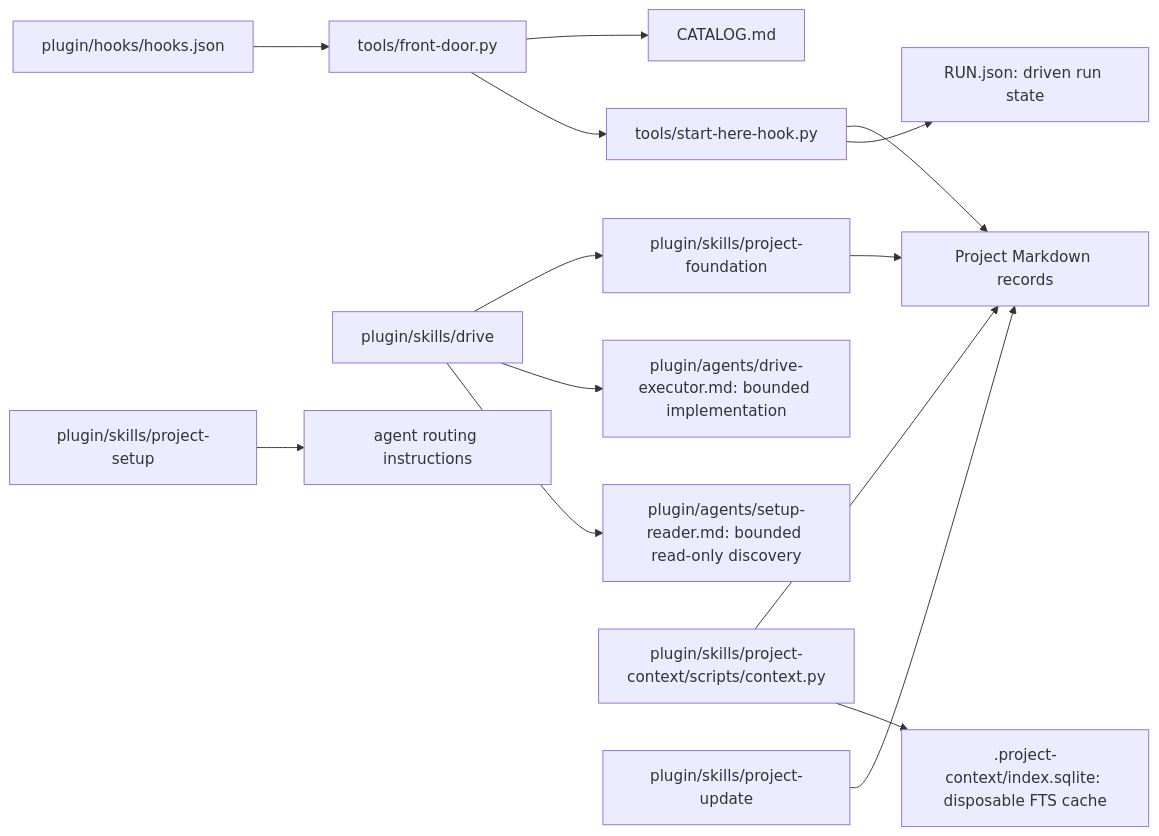
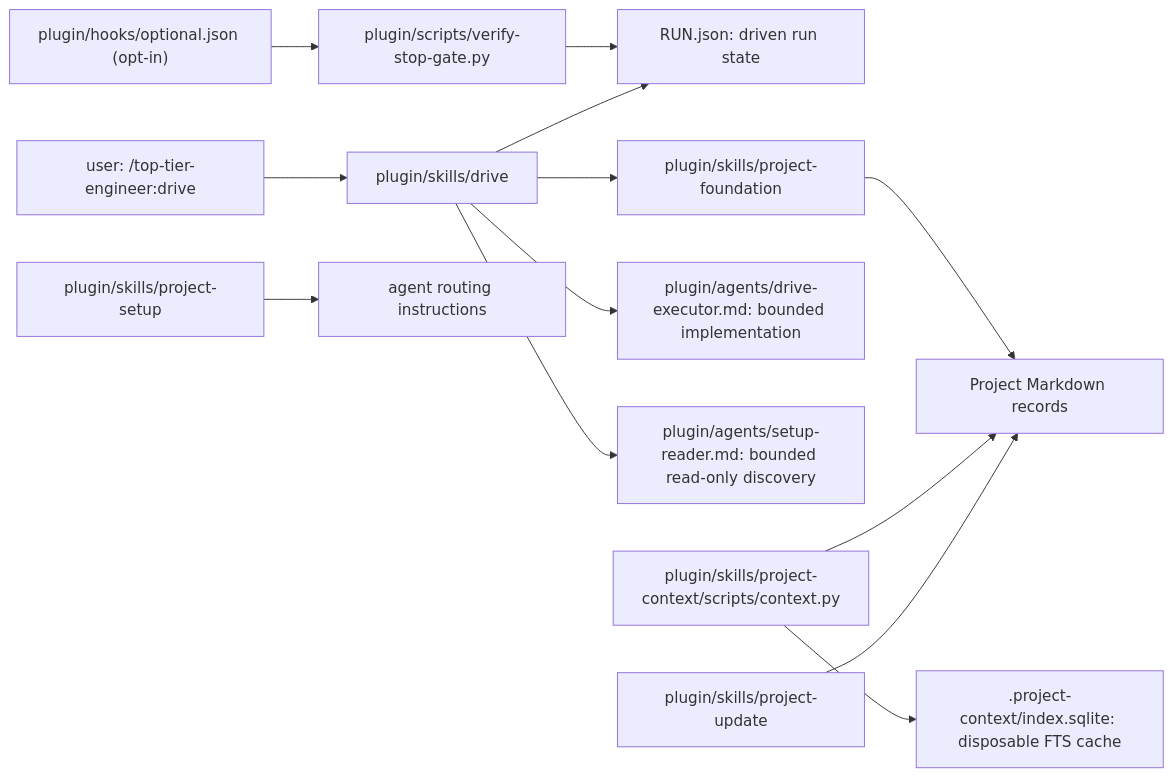
Before and after one commit to thanaponai01-collab/top-tier-engineer-skill: the diagram in docs/architecture.md, drawn with Mermaid. The commit also changed other lines of this file and 18 other files, not shown here.

First line of the commit message:
Remove unused legacy hook scripts and routing evals (4.64.1)

````diff
--- a/docs/architecture.md
+++ b/docs/architecture.md
@@ -9,16 +9,15 @@
 ```mermaid
 flowchart LR
-  hooks["plugin/hooks/hooks.json"] --> entry["tools/front-door.py"]
-  entry --> catalog["CATALOG.md"]
-  entry --> summary["tools/start-here-hook.py"]
-  summary --> records["Project Markdown records"]
-  drive["plugin/skills/drive"] --> foundation["plugin/skills/project-foundation"]
-  foundation --> records
+  user["user: /top-tier-engineer:drive"] --> drive["plugin/skills/drive"]
+  optional["plugin/hooks/optional.json (opt-in)"] --> gate["plugin/scripts/verify-stop-gate.py"]
+  gate --> run["RUN.json: driven run state"]
+  drive --> foundation["plugin/skills/project-foundation"]
+  foundation --> records["Project Markdown records"]
   setup["plugin/skills/project-setup"] --> instructions["agent routing instructions"]
-  summary --> run["RUN.json: driven run state"]
+  drive --> run
   drive --> executor["plugin/agents/drive-executor.md: bounded implementation"]
   drive --> worker["plugin/agents/setup-reader.md: bounded read-only discovery"]
   context["plugin/skills/project-context/scripts/context.py"] --> records
   context --> index[".project-context/index.sqlite: disposable FTS cache"]
   update["plugin/skills/project-update"] --> records
 ```
````
